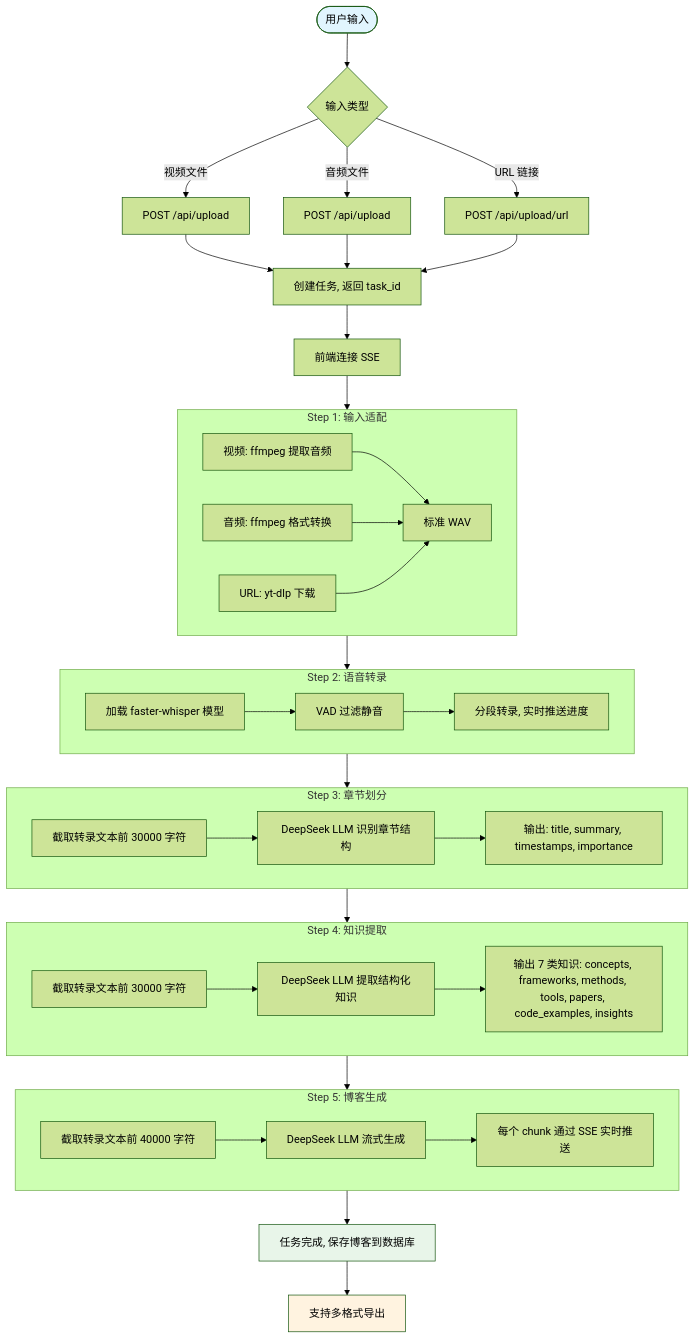
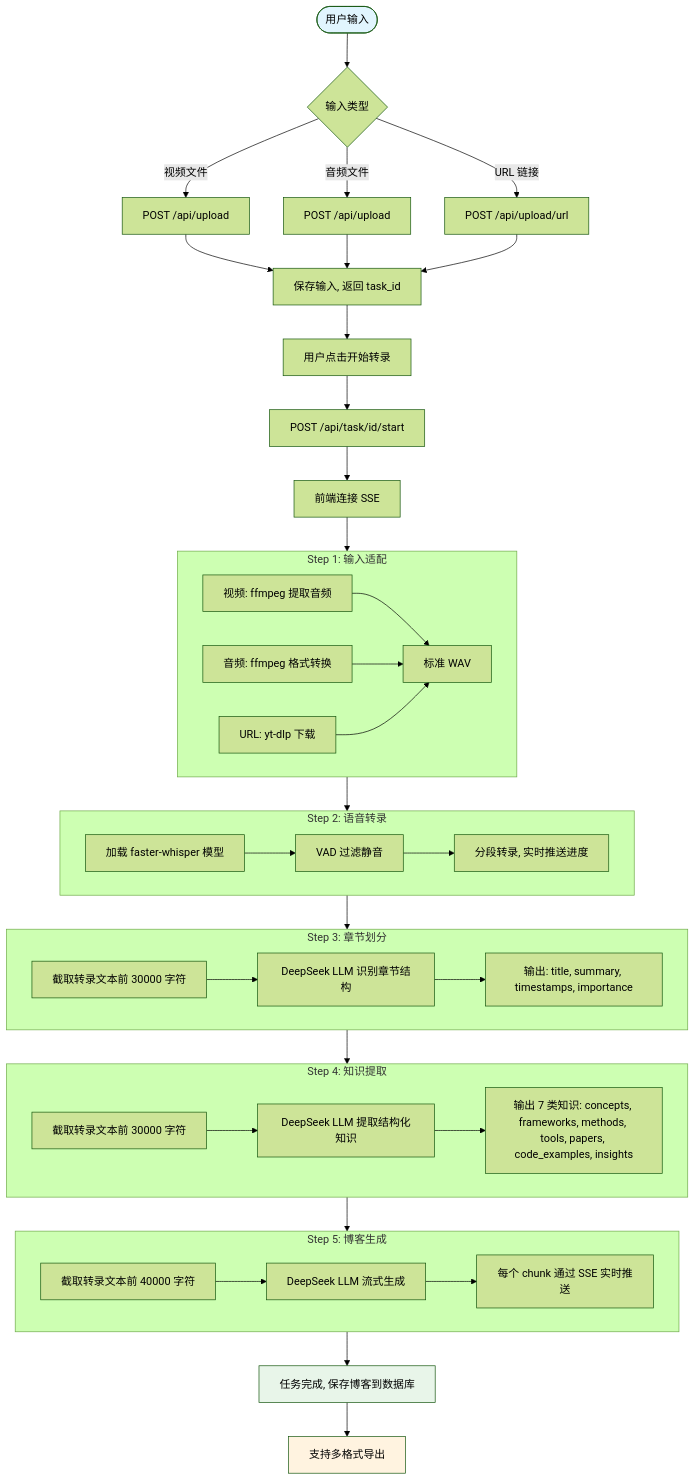
Before and after one commit to guyue356/Video2TechBlog: the second of 5 diagrams in README.md, drawn with Mermaid (forest theme). The commit also changed other lines of this file and 18 other files, not shown here.

````diff
--- a/README.md
+++ b/README.md
@@ -344,52 +344,54 @@
 ```mermaid
 flowchart TD
     Start([用户输入]) --> Input{输入类型}
     Input -->|视频文件| V1[POST /api/upload]
     Input -->|音频文件| V2[POST /api/upload]
     Input -->|URL 链接| V3[POST /api/upload/url]
 
-    V1 & V2 & V3 --> Task[创建任务, 返回 task_id]
-    Task --> Connect[前端连接 SSE]
+    V1 & V2 & V3 --> Task[保存输入, 返回 task_id]
+    Task --> Launch[用户点击开始转录]
+    Launch --> APIStart[POST /api/task/id/start]
+    APIStart --> Connect[前端连接 SSE]
     Connect --> Step0
 
     subgraph Step0[Step 1: 输入适配]
         S0A[视频: ffmpeg 提取音频] --> S0W[标准 WAV]
         S0B[音频: ffmpeg 格式转换] --> S0W
         S0C[URL: yt-dlp 下载] --> S0W
     end
 
     Step0 --> Step2
 
     subgraph Step2[Step 2: 语音转录]
         S2A[加载 faster-whisper 模型] --> S2B[VAD 过滤静音]
         S2B --> S2C[分段转录, 实时推送进度]
     end
 
     Step2 --> Step3
 
     subgraph Step3[Step 3: 章节划分]
         S3A[截取转录文本前 30000 字符] --> S3B[DeepSeek LLM 识别章节结构]
         S3B --> S3C[输出: title, summary, timestamps, importance]
     end
 
     Step3 --> Step4
 
     subgraph Step4[Step 4: 知识提取]
         S4A[截取转录文本前 30000 字符] --> S4B[DeepSeek LLM 提取结构化知识]
         S4B --> S4C[输出 7 类知识: concepts, frameworks, methods, tools, papers, code_examples, insights]
     end
 
     Step4 --> Step5
 
     subgraph Step5[Step 5: 博客生成]
         S5A[截取转录文本前 40000 字符] --> S5B[DeepSeek LLM 流式生成]
         S5B --> S5C[每个 chunk 通过 SSE 实时推送]
     end
 
     Step5 --> Complete[任务完成, 保存博客到数据库]
     Complete --> Export[支持多格式导出]
 
     style Start fill:#e1f5fe
     style Complete fill:#e8f5e9
     style Export fill:#fff3e0
 ```
````
